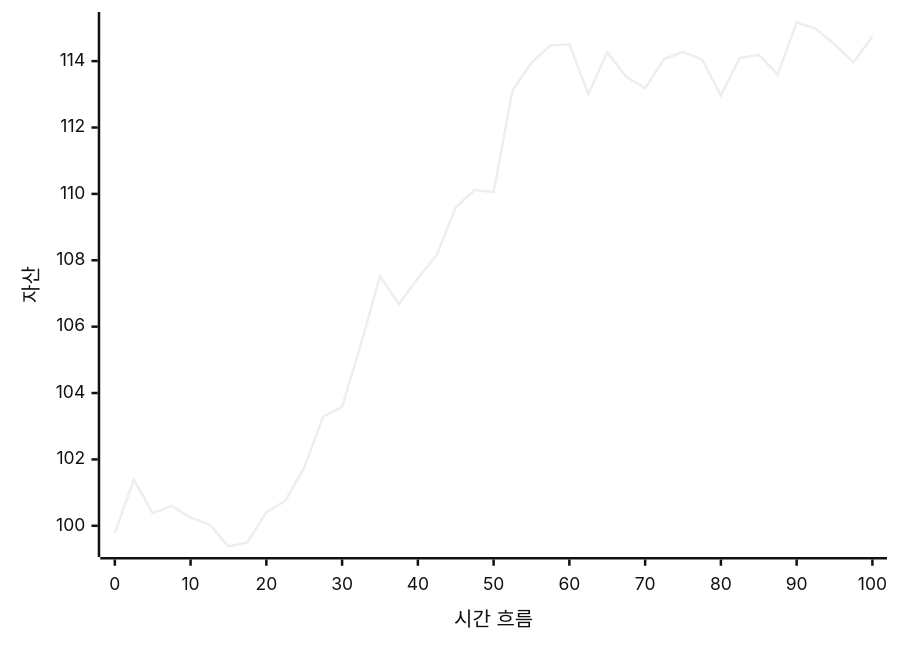
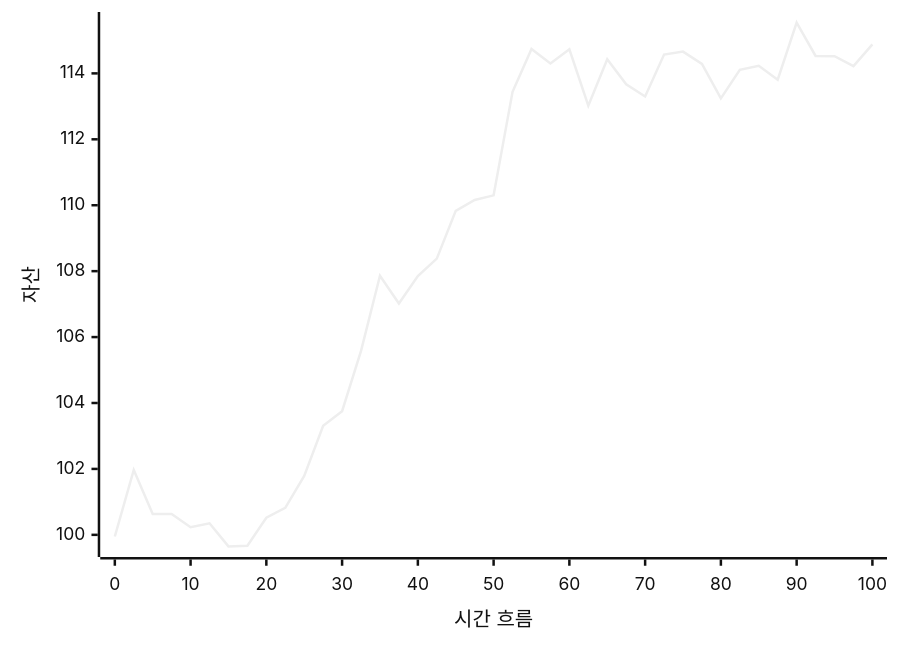
The first of 2 diagrams in evolution/README.md (ksuin39/24h_bot), drawn with Mermaid (neutral theme) before and after one commit. The commit also changed other lines of this file and 3 other files, not shown here.

````diff
--- a/evolution/README.md
+++ b/evolution/README.md
@@ -21,6 +24,6 @@
 ```mermaid
 xychart-beta
     x-axis "시간 흐름" 0 --> 100
     y-axis "자산"
-    line [99.78, 101.39, 100.38, 100.60, 100.25, 100.04, 99.38, 99.50, 100.41, 100.75, 101.76, 103.29, 103.58, 105.48, 107.52, 106.68, 107.46, 108.16, 109.59, 110.12, 110.05, 113.12, 113.95, 114.47, 114.51, 113.01, 114.27, 113.53, 113.18, 114.06, 114.28, 114.05, 112.97, 114.09, 114.19, 113.60, 115.16, 114.98, 114.50, 113.96, 114.74]
+    line [99.95, 101.97, 100.63, 100.63, 100.23, 100.35, 99.65, 99.67, 100.52, 100.82, 101.79, 103.31, 103.75, 105.58, 107.86, 107.02, 107.85, 108.38, 109.83, 110.16, 110.30, 113.44, 114.74, 114.30, 114.73, 113.02, 114.43, 113.67, 113.30, 114.57, 114.66, 114.29, 113.24, 114.11, 114.23, 113.81, 115.54, 114.53, 114.52, 114.22, 114.88]
 ```
````
